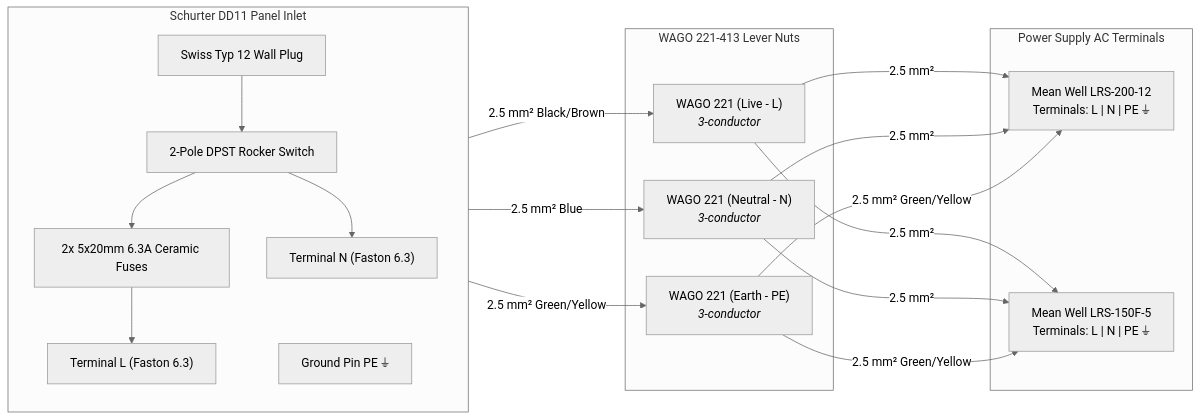
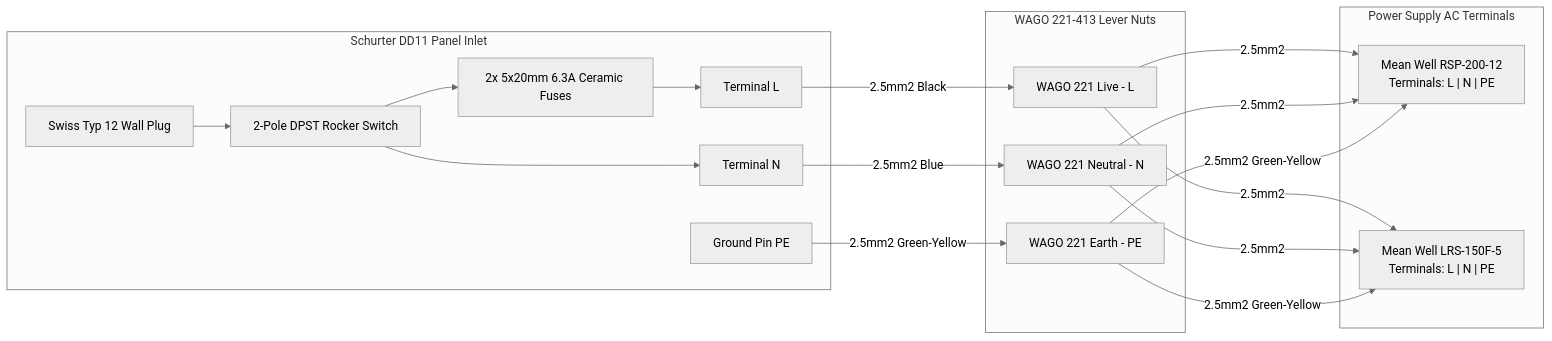
Before and after one commit to Lukas0923xcv/JBOD: the first of 3 diagrams in docs/wiring_and_assembly.md, drawn with Mermaid (neutral theme). The commit also changed other lines of this file and 5 other files, not shown here.

Commit message:
Standardize on Mean Well RSP-200-12, RSP-500-12, and LRS-150F-5; sanitize all Mermaid diagrams

````diff
--- a/docs/wiring_and_assembly.md
+++ b/docs/wiring_and_assembly.md
@@ -34,35 +31,34 @@
 ```mermaid
 flowchart LR
     subgraph Inlet ["Schurter DD11 Panel Inlet"]
-        direction TB
         Plug["Swiss Typ 12 Wall Plug"] --> SW["2-Pole DPST Rocker Switch"]
         SW --> Fuse["2x 5x20mm 6.3A Ceramic Fuses"]
-        Fuse --> L_out["Terminal L (Faston 6.3)"]
-        SW --> N_out["Terminal N (Faston 6.3)"]
-        Inlet_PE["Ground Pin PE ⏚"]
+        Fuse --> L_out["Terminal L"]
+        SW --> N_out["Terminal N"]
+        Inlet_PE["Ground Pin PE"]
     end
 
     subgraph WAGO ["WAGO 221-413 Lever Nuts"]
-        W_L["WAGO 221 (Live - L)<br><i>3-conductor</i>"]
-        W_N["WAGO 221 (Neutral - N)<br><i>3-conductor</i>"]
-        W_PE["WAGO 221 (Earth - PE)<br><i>3-conductor</i>"]
+        W_L["WAGO 221 Live - L"]
+        W_N["WAGO 221 Neutral - N"]
+        W_PE["WAGO 221 Earth - PE"]
     end
 
     subgraph PSUs ["Power Supply AC Terminals"]
-        LRS12["Mean Well LRS-200-12<br>Terminals: L | N | PE ⏚"]
-        LRS5["Mean Well LRS-150F-5<br>Terminals: L | N | PE ⏚"]
+        RSP12["Mean Well RSP-200-12<br>Terminals: L | N | PE"]
+        LRS5["Mean Well LRS-150F-5<br>Terminals: L | N | PE"]
     end
 
-    L_out -->|2.5 mm² Black/Brown| W_L
-    N_out -->|2.5 mm² Blue| W_N
-    Inlet_PE -->|2.5 mm² Green/Yellow| W_PE
+    L_out -->|"2.5mm2 Black"| W_L
+    N_out -->|"2.5mm2 Blue"| W_N
+    Inlet_PE -->|"2.5mm2 Green-Yellow"| W_PE
 
-    W_L -->|2.5 mm²| LRS12
-    W_L -->|2.5 mm²| LRS5
+    W_L -->|"2.5mm2"| RSP12
+    W_L -->|"2.5mm2"| LRS5
 
-    W_N -->|2.5 mm²| LRS12
-    W_N -->|2.5 mm²| LRS5
+    W_N -->|"2.5mm2"| RSP12
+    W_N -->|"2.5mm2"| LRS5
 
-    W_PE -->|2.5 mm² Green/Yellow| LRS12
-    W_PE -->|2.5 mm² Green/Yellow| LRS5
+    W_PE -->|"2.5mm2 Green-Yellow"| RSP12
+    W_PE -->|"2.5mm2 Green-Yellow"| LRS5
 ```
````
